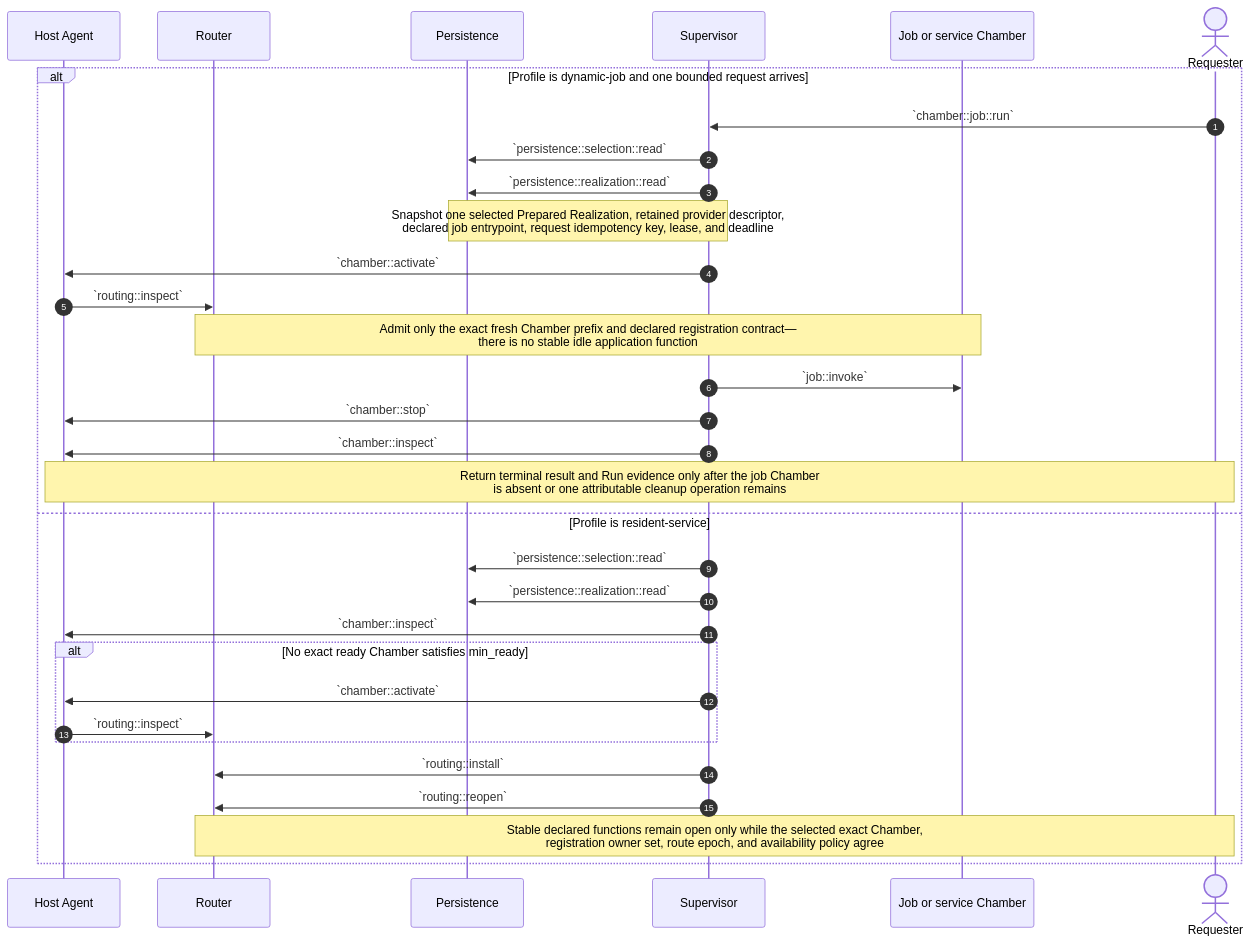
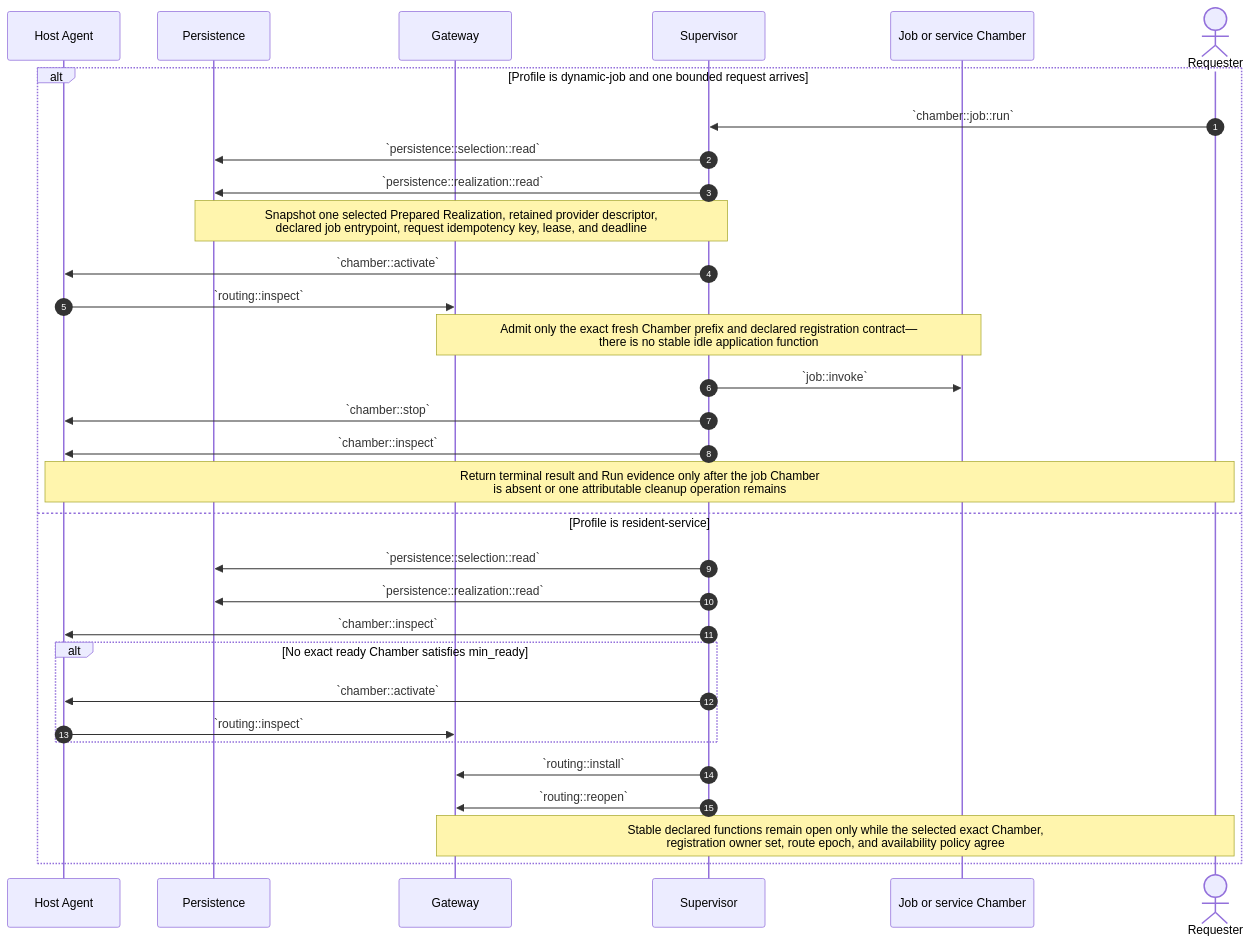
One commit to dreamcatcher-tech/chambers-lifecycle-explorer changed diagram 14 of 18 in source/chambers-lifecycle-sequences.md. Above: the diagram before and after it, drawn with Mermaid. The commit also changed other lines of this file and 9 other files, not shown here.

````diff
--- a/source/chambers-lifecycle-sequences.md
+++ b/source/chambers-lifecycle-sequences.md
@@ -1413,35 +1526,35 @@
 ```mermaid
 sequenceDiagram
     autonumber
     participant HostAgent as Host Agent
-    participant Router as Router
     participant Persistence
+    participant Gateway as Gateway
     participant Supervisor
     participant Workload as Job or service Chamber
     actor Requester
 
     alt Profile is dynamic-job and one bounded request arrives
         Requester->>Supervisor: `chamber::job::run`
         Supervisor->>Persistence: `persistence::selection::read`
         Supervisor->>Persistence: `persistence::realization::read`
         Note over Persistence,Supervisor: Snapshot one selected Prepared Realization, retained provider descriptor,<br/>declared job entrypoint, request idempotency key, lease, and deadline
         Supervisor->>HostAgent: `chamber::activate`
-        HostAgent->>Router: `routing::inspect`
-        Note over Router,Workload: Admit only the exact fresh Chamber prefix and declared registration contract—<br/>there is no stable idle application function
+        HostAgent->>Gateway: `routing::inspect`
+        Note over Gateway,Workload: Admit only the exact fresh Chamber prefix and declared registration contract—<br/>there is no stable idle application function
         Supervisor->>Workload: `job::invoke`
         Supervisor->>HostAgent: `chamber::stop`
         Supervisor->>HostAgent: `chamber::inspect`
         Note over HostAgent,Requester: Return terminal result and Run evidence only after the job Chamber<br/>is absent or one attributable cleanup operation remains
     else Profile is resident-service
         Supervisor->>Persistence: `persistence::selection::read`
         Supervisor->>Persistence: `persistence::realization::read`
         Supervisor->>HostAgent: `chamber::inspect`
         alt No exact ready Chamber satisfies min_ready
             Supervisor->>HostAgent: `chamber::activate`
-            HostAgent->>Router: `routing::inspect`
+            HostAgent->>Gateway: `routing::inspect`
         end
-        Supervisor->>Router: `routing::install`
-        Supervisor->>Router: `routing::reopen`
-        Note over Router,Requester: Stable declared functions remain open only while the selected exact Chamber,<br/>registration owner set, route epoch, and availability policy agree
+        Supervisor->>Gateway: `routing::install`
+        Supervisor->>Gateway: `routing::reopen`
+        Note over Gateway,Requester: Stable declared functions remain open only while the selected exact Chamber,<br/>registration owner set, route epoch, and availability policy agree
     end
 ```
````
